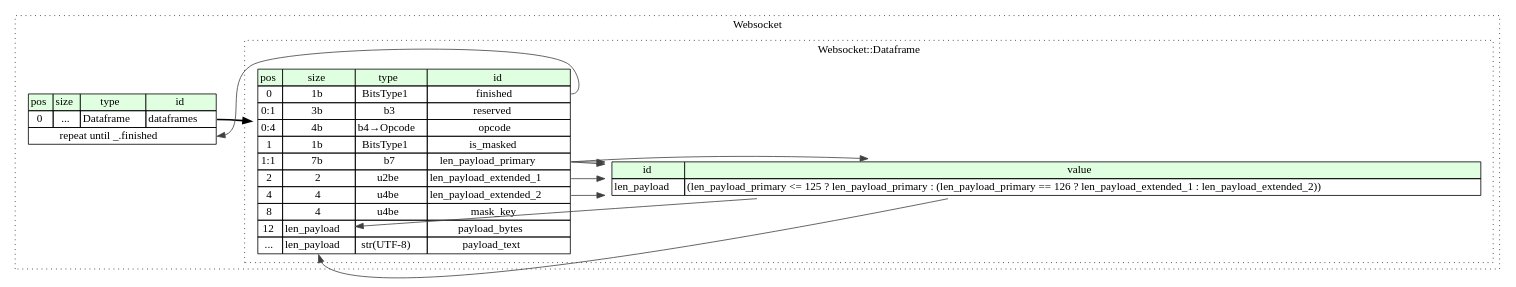
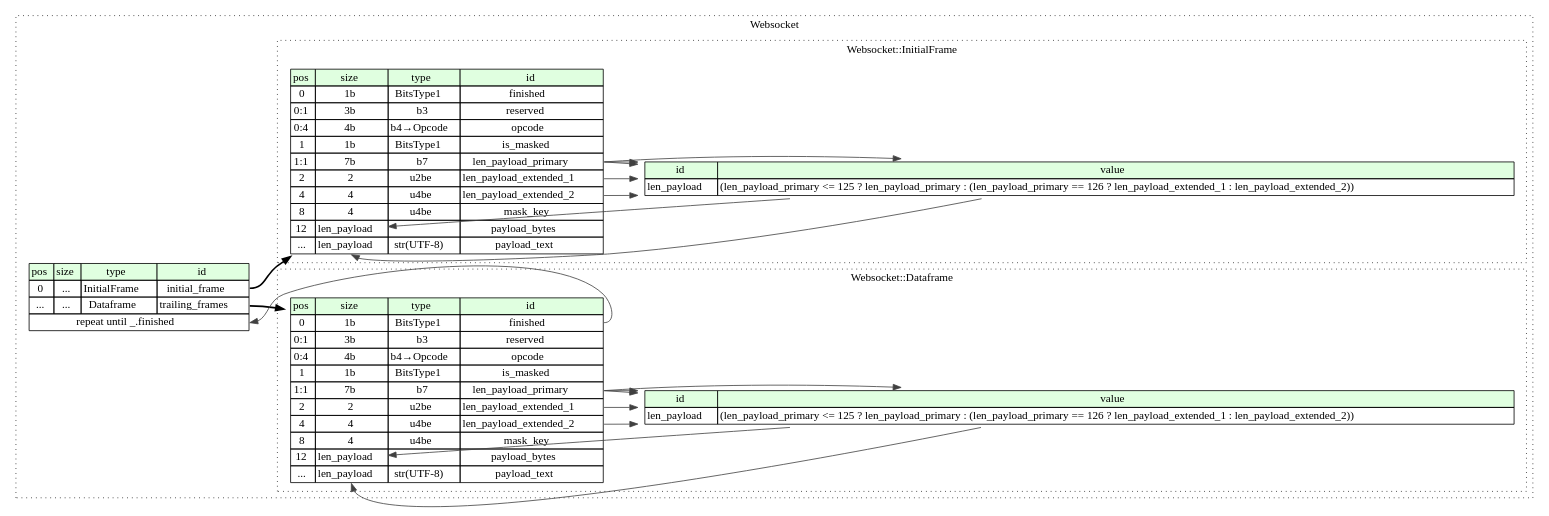
Before and after one commit to kaitai-io/formats-kaitai-io.github.io: the diagram in websocket/src/graphviz/websocket.dot, drawn with Graphviz. The commit also changed 20 other files, not shown here.

```diff
--- a/websocket/src/graphviz/websocket.dot
+++ b/websocket/src/graphviz/websocket.dot
@@ -1,45 +1,76 @@
 digraph {
 	rankdir=LR;
 	node [shape=plaintext];
 	subgraph cluster__websocket {
 		label="Websocket";
 		graph[style=dotted];
 
 		websocket__seq [label=<<TABLE BORDER="0" CELLBORDER="1" CELLSPACING="0">
 			<TR><TD BGCOLOR="#E0FFE0">pos</TD><TD BGCOLOR="#E0FFE0">size</TD><TD BGCOLOR="#E0FFE0">type</TD><TD BGCOLOR="#E0FFE0">id</TD></TR>
-			<TR><TD PORT="dataframes_pos">0</TD><TD PORT="dataframes_size">...</TD><TD>Dataframe</TD><TD PORT="dataframes_type">dataframes</TD></TR>
-			<TR><TD COLSPAN="4" PORT="dataframes__repeat">repeat until _.finished</TD></TR>
+			<TR><TD PORT="initial_frame_pos">0</TD><TD PORT="initial_frame_size">...</TD><TD>InitialFrame</TD><TD PORT="initial_frame_type">initial_frame</TD></TR>
+			<TR><TD PORT="trailing_frames_pos">...</TD><TD PORT="trailing_frames_size">...</TD><TD>Dataframe</TD><TD PORT="trailing_frames_type">trailing_frames</TD></TR>
+			<TR><TD COLSPAN="4" PORT="trailing_frames__repeat">repeat until _.finished</TD></TR>
 		</TABLE>>];
+		subgraph cluster__initial_frame {
+			label="Websocket::InitialFrame";
+			graph[style=dotted];
+
+			initial_frame__seq [label=<<TABLE BORDER="0" CELLBORDER="1" CELLSPACING="0">
+				<TR><TD BGCOLOR="#E0FFE0">pos</TD><TD BGCOLOR="#E0FFE0">size</TD><TD BGCOLOR="#E0FFE0">type</TD><TD BGCOLOR="#E0FFE0">id</TD></TR>
+				<TR><TD PORT="finished_pos">0</TD><TD PORT="finished_size">1b</TD><TD>BitsType1</TD><TD PORT="finished_type">finished</TD></TR>
+				<TR><TD PORT="reserved_pos">0:1</TD><TD PORT="reserved_size">3b</TD><TD>b3</TD><TD PORT="reserved_type">reserved</TD></TR>
+				<TR><TD PORT="opcode_pos">0:4</TD><TD PORT="opcode_size">4b</TD><TD>b4→Opcode</TD><TD PORT="opcode_type">opcode</TD></TR>
+				<TR><TD PORT="is_masked_pos">1</TD><TD PORT="is_masked_size">1b</TD><TD>BitsType1</TD><TD PORT="is_masked_type">is_masked</TD></TR>
+				<TR><TD PORT="len_payload_primary_pos">1:1</TD><TD PORT="len_payload_primary_size">7b</TD><TD>b7</TD><TD PORT="len_payload_primary_type">len_payload_primary</TD></TR>
+				<TR><TD PORT="len_payload_extended_1_pos">2</TD><TD PORT="len_payload_extended_1_size">2</TD><TD>u2be</TD><TD PORT="len_payload_extended_1_type">len_payload_extended_1</TD></TR>
+				<TR><TD PORT="len_payload_extended_2_pos">4</TD><TD PORT="len_payload_extended_2_size">4</TD><TD>u4be</TD><TD PORT="len_payload_extended_2_type">len_payload_extended_2</TD></TR>
+				<TR><TD PORT="mask_key_pos">8</TD><TD PORT="mask_key_size">4</TD><TD>u4be</TD><TD PORT="mask_key_type">mask_key</TD></TR>
+				<TR><TD PORT="payload_bytes_pos">12</TD><TD PORT="payload_bytes_size">len_payload</TD><TD></TD><TD PORT="payload_bytes_type">payload_bytes</TD></TR>
+				<TR><TD PORT="payload_text_pos">...</TD><TD PORT="payload_text_size">len_payload</TD><TD>str(UTF-8)</TD><TD PORT="payload_text_type">payload_text</TD></TR>
+			</TABLE>>];
+			initial_frame__inst__len_payload [label=<<TABLE BORDER="0" CELLBORDER="1" CELLSPACING="0">
+				<TR><TD BGCOLOR="#E0FFE0">id</TD><TD BGCOLOR="#E0FFE0">value</TD></TR>
+				<TR><TD>len_payload</TD><TD>(len_payload_primary &lt;= 125 ? len_payload_primary : (len_payload_primary == 126 ? len_payload_extended_1 : len_payload_extended_2))</TD></TR>
+			</TABLE>>];
+		}
 		subgraph cluster__dataframe {
 			label="Websocket::Dataframe";
 			graph[style=dotted];
 
 			dataframe__seq [label=<<TABLE BORDER="0" CELLBORDER="1" CELLSPACING="0">
 				<TR><TD BGCOLOR="#E0FFE0">pos</TD><TD BGCOLOR="#E0FFE0">size</TD><TD BGCOLOR="#E0FFE0">type</TD><TD BGCOLOR="#E0FFE0">id</TD></TR>
 				<TR><TD PORT="finished_pos">0</TD><TD PORT="finished_size">1b</TD><TD>BitsType1</TD><TD PORT="finished_type">finished</TD></TR>
 				<TR><TD PORT="reserved_pos">0:1</TD><TD PORT="reserved_size">3b</TD><TD>b3</TD><TD PORT="reserved_type">reserved</TD></TR>
 				<TR><TD PORT="opcode_pos">0:4</TD><TD PORT="opcode_size">4b</TD><TD>b4→Opcode</TD><TD PORT="opcode_type">opcode</TD></TR>
 				<TR><TD PORT="is_masked_pos">1</TD><TD PORT="is_masked_size">1b</TD><TD>BitsType1</TD><TD PORT="is_masked_type">is_masked</TD></TR>
 				<TR><TD PORT="len_payload_primary_pos">1:1</TD><TD PORT="len_payload_primary_size">7b</TD><TD>b7</TD><TD PORT="len_payload_primary_type">len_payload_primary</TD></TR>
 				<TR><TD PORT="len_payload_extended_1_pos">2</TD><TD PORT="len_payload_extended_1_size">2</TD><TD>u2be</TD><TD PORT="len_payload_extended_1_type">len_payload_extended_1</TD></TR>
 				<TR><TD PORT="len_payload_extended_2_pos">4</TD><TD PORT="len_payload_extended_2_size">4</TD><TD>u4be</TD><TD PORT="len_payload_extended_2_type">len_payload_extended_2</TD></TR>
 				<TR><TD PORT="mask_key_pos">8</TD><TD PORT="mask_key_size">4</TD><TD>u4be</TD><TD PORT="mask_key_type">mask_key</TD></TR>
 				<TR><TD PORT="payload_bytes_pos">12</TD><TD PORT="payload_bytes_size">len_payload</TD><TD></TD><TD PORT="payload_bytes_type">payload_bytes</TD></TR>
 				<TR><TD PORT="payload_text_pos">...</TD><TD PORT="payload_text_size">len_payload</TD><TD>str(UTF-8)</TD><TD PORT="payload_text_type">payload_text</TD></TR>
 			</TABLE>>];
 			dataframe__inst__len_payload [label=<<TABLE BORDER="0" CELLBORDER="1" CELLSPACING="0">
 				<TR><TD BGCOLOR="#E0FFE0">id</TD><TD BGCOLOR="#E0FFE0">value</TD></TR>
 				<TR><TD>len_payload</TD><TD>(len_payload_primary &lt;= 125 ? len_payload_primary : (len_payload_primary == 126 ? len_payload_extended_1 : len_payload_extended_2))</TD></TR>
 			</TABLE>>];
 		}
 	}
-	websocket__seq:dataframes_type -> dataframe__seq [style=bold];
-	dataframe__seq:finished_type -> websocket__seq:dataframes__repeat [color="#404040"];
+	websocket__seq:initial_frame_type -> initial_frame__seq [style=bold];
+	websocket__seq:trailing_frames_type -> dataframe__seq [style=bold];
+	dataframe__seq:finished_type -> websocket__seq:trailing_frames__repeat [color="#404040"];
+	initial_frame__inst__len_payload:len_payload_type -> initial_frame__seq:payload_bytes_size [color="#404040"];
+	initial_frame__inst__len_payload:len_payload_type -> initial_frame__seq:payload_text_size [color="#404040"];
+	initial_frame__seq:len_payload_primary_type -> initial_frame__inst__len_payload [color="#404040"];
+	initial_frame__seq:len_payload_primary_type -> initial_frame__inst__len_payload [color="#404040"];
+	initial_frame__seq:len_payload_primary_type -> initial_frame__inst__len_payload [color="#404040"];
+	initial_frame__seq:len_payload_extended_1_type -> initial_frame__inst__len_payload [color="#404040"];
+	initial_frame__seq:len_payload_extended_2_type -> initial_frame__inst__len_payload [color="#404040"];
 	dataframe__inst__len_payload:len_payload_type -> dataframe__seq:payload_bytes_size [color="#404040"];
 	dataframe__inst__len_payload:len_payload_type -> dataframe__seq:payload_text_size [color="#404040"];
 	dataframe__seq:len_payload_primary_type -> dataframe__inst__len_payload [color="#404040"];
 	dataframe__seq:len_payload_primary_type -> dataframe__inst__len_payload [color="#404040"];
 	dataframe__seq:len_payload_primary_type -> dataframe__inst__len_payload [color="#404040"];
 	dataframe__seq:len_payload_extended_1_type -> dataframe__inst__len_payload [color="#404040"];
 	dataframe__seq:len_payload_extended_2_type -> dataframe__inst__len_payload [color="#404040"];
 }
```
